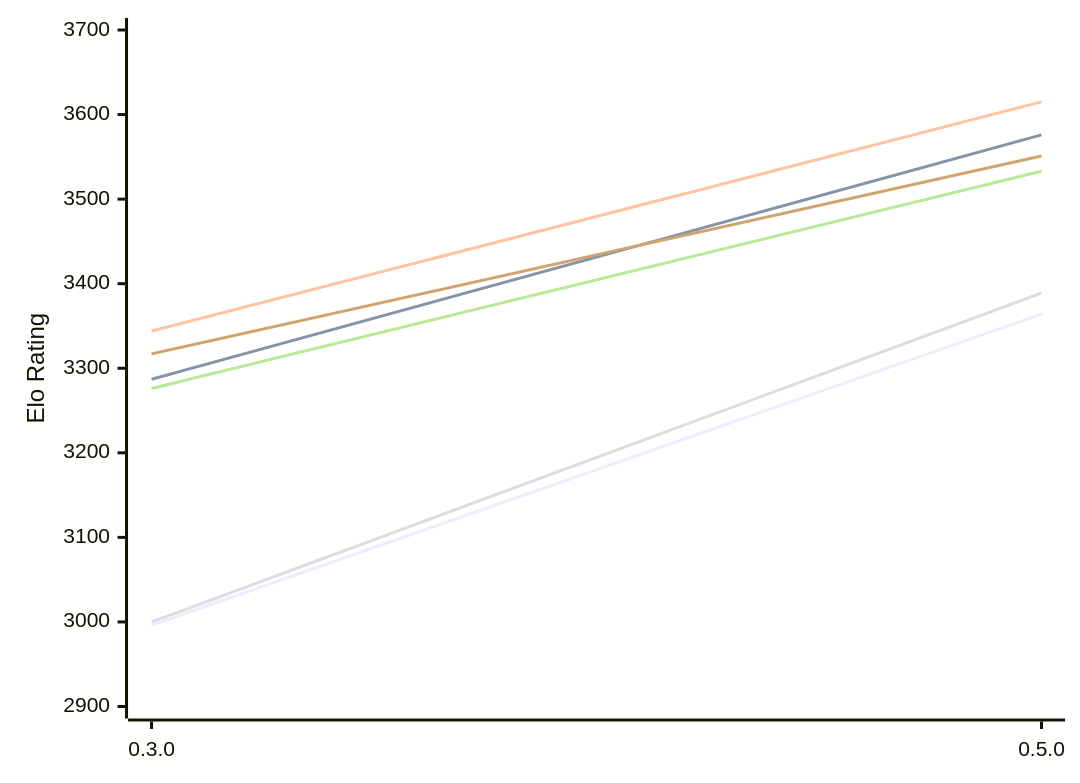
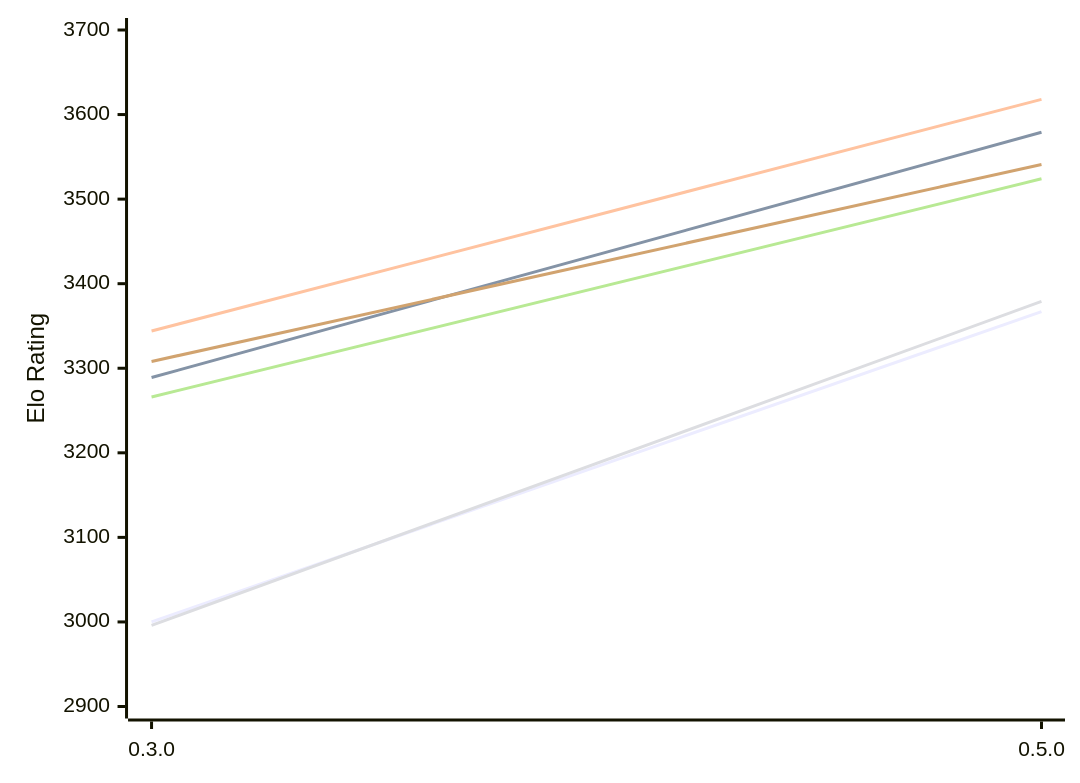
The first of 2 diagrams in engines/Justbot.md (computer-chess-index/cci), drawn with Mermaid before and after one commit. The commit also changed other lines of this file, not shown here.

Commit message:
Update CCI Ratings (ELO VLTC) - 2026-11-15

````diff
--- a/engines/Justbot.md
+++ b/engines/Justbot.md
@@ -53,12 +53,12 @@
 ```mermaid
 %%{init: {"theme":"base","themeVariables":{"seriesColors:['#a3a3a3','#222221','#faa371']}}}%%
 xychart-beta
   x-axis ["0.3.0", "0.5.0"]
   y-axis "Elo Rating" 2900 --> 3700
-  line "E1: STC (8.0+0.08s)" [2996, 3364]
-  line "E1: LTC (60.0+0.60s)" [3287, 3576]
-  line "E1: VLTC (2m24s+1.12s)" [3344, 3615]
-  line "P1: STC (8.0+0.08s)" [3000, 3389]
-  line "P1: LTC (60.0+0.60s)" [3276, 3533]
-  line "P1: VLTC (2m24s+1.12s)" [3317, 3551]
+  line "E1: STC (8.0+0.08s)" [3000, 3367]
+  line "E1: LTC (60.0+0.60s)" [3289, 3579]
+  line "E1: VLTC (2m24s+1.12s)" [3344, 3618]
+  line "P1: STC (8.0+0.08s)" [2996, 3379]
+  line "P1: LTC (60.0+0.60s)" [3266, 3524]
+  line "P1: VLTC (2m24s+1.12s)" [3308, 3541]
 ```
````
